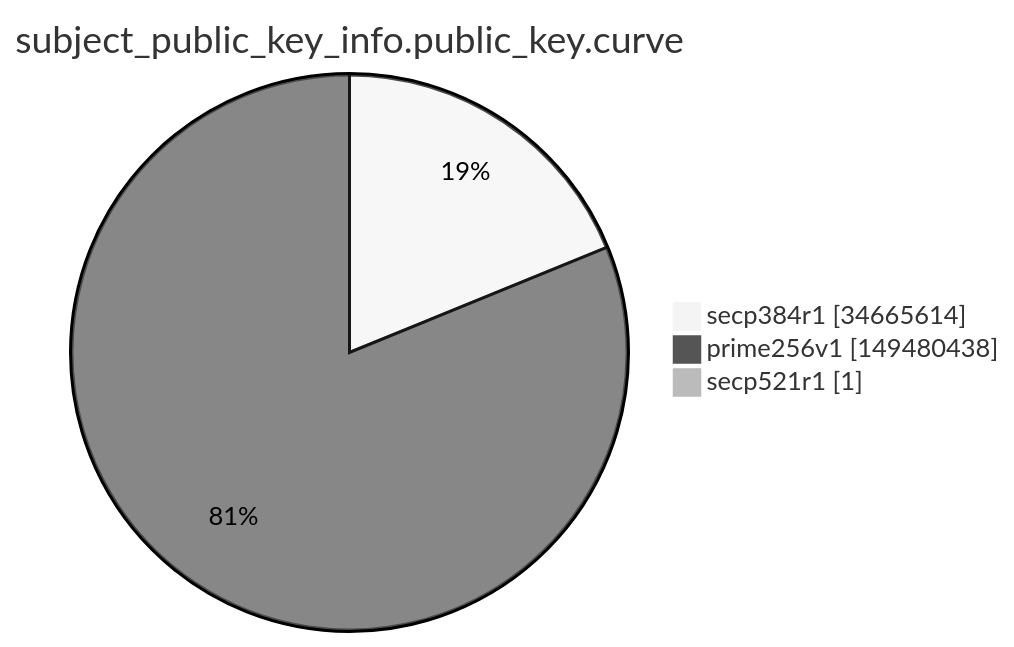
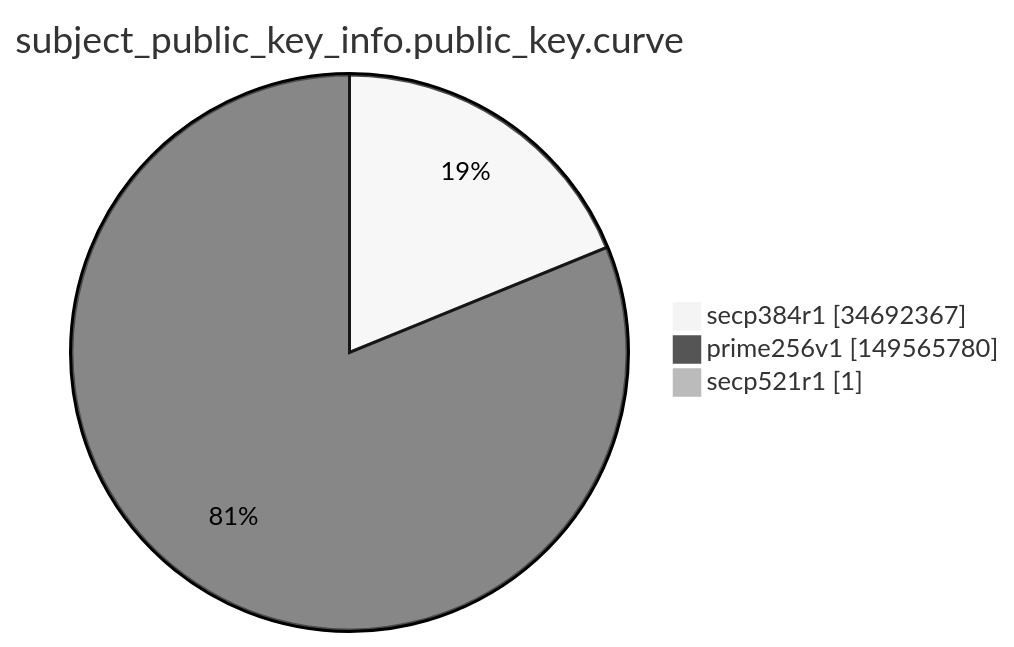
Before and after one commit to christiankrug/ctmonitor_visualization: the ninth of 15 diagrams in argon2022/README.md, drawn with Mermaid (neutral theme). The commit also changed other lines of this file, not shown here.

````diff
--- a/argon2022/README.md
+++ b/argon2022/README.md
@@ -2764,7 +2764,7 @@
 ```mermaid
 pie showData
 title subject_public_key_info.public_key.curve
-"secp384r1" :34665614
-"prime256v1" :149480438
+"secp384r1" :34692367
+"prime256v1" :149565780
 "secp521r1" :1
 ```
````
